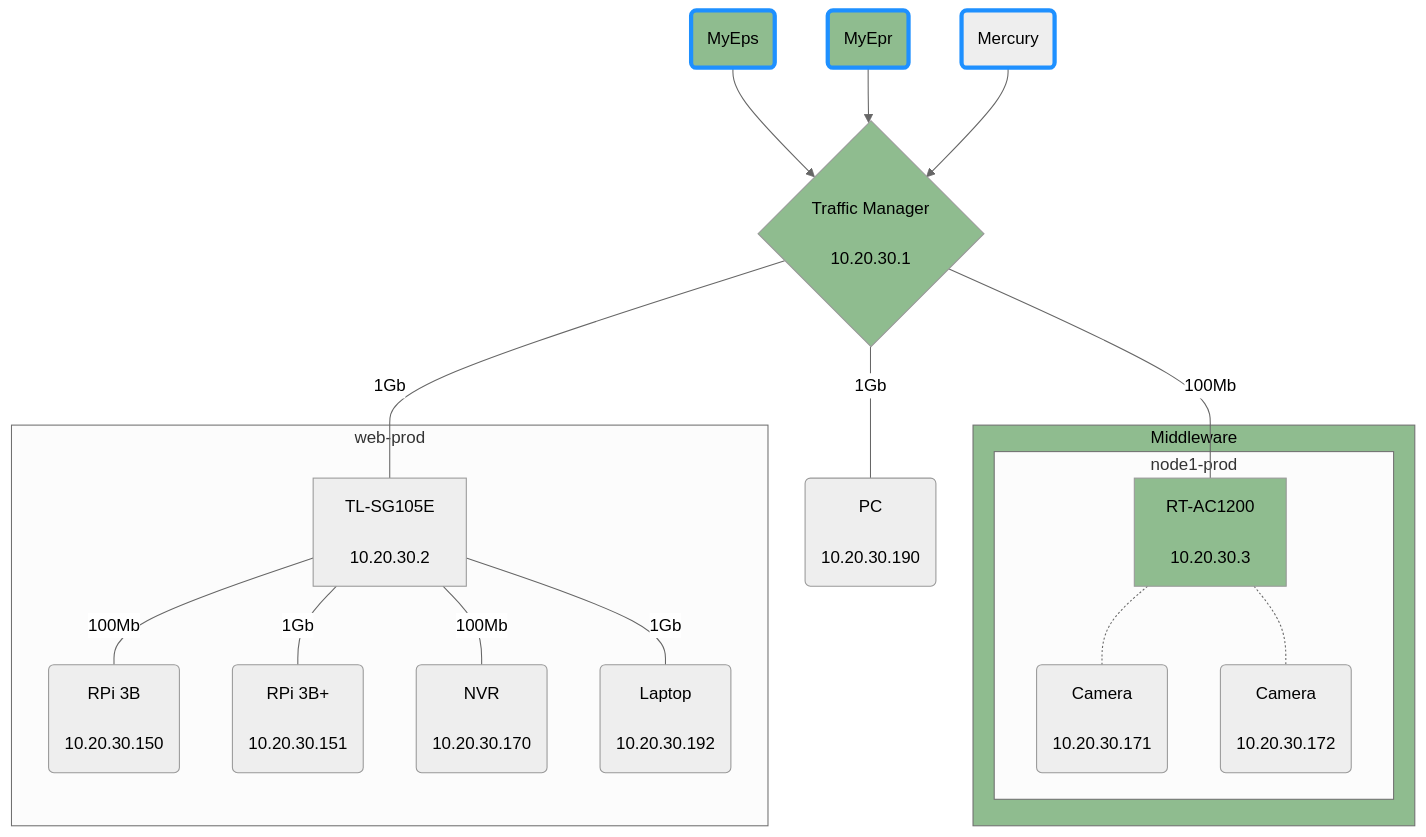
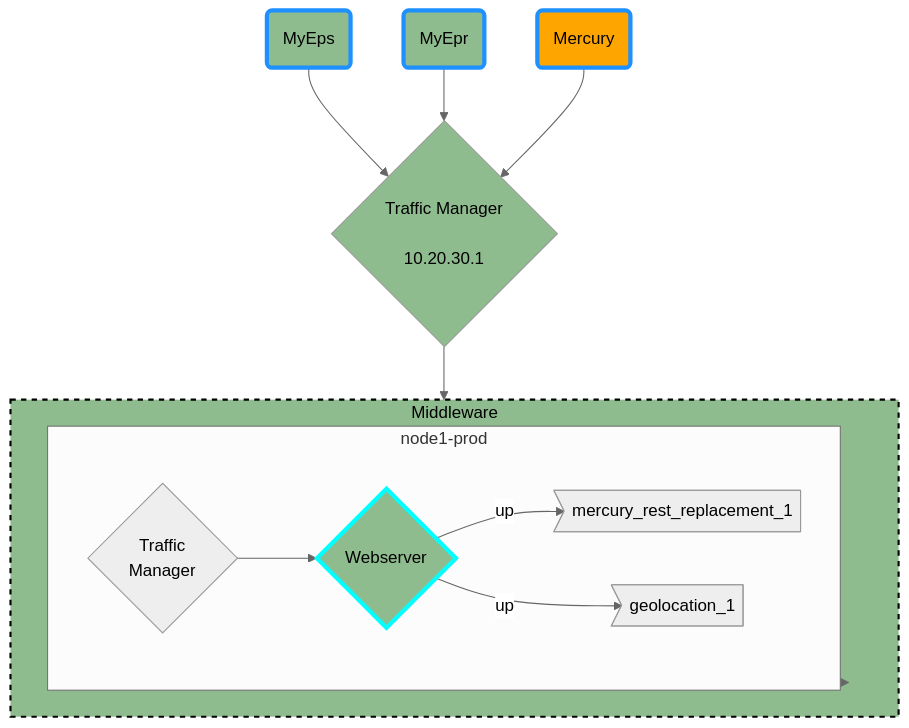
One commit to EproductiveReleases/whatsup changed the diagram in README.md. Above: the diagram before and after it, drawn with Mermaid.

````diff
--- a/README.md
+++ b/README.md
@@ -3,40 +3,46 @@
 ```mermaid
 %%{init: {'theme': 'neutral', "flowchart" : { "curve" : "basis" } } }%%
 graph TD
  linkStyle default interpolate basis
  myeps(<center><a style='text-decoration:none' href='https://github.com/EproductiveReleases/whatsup/blob/main/applications/myeps/README.md'><span style='color:black'>MyEps</span></a></center>)-->tm
  myepr(<center><a style='text-decoration:none' href='https://github.com/EproductiveReleases/whatsup/blob/main/applications/myepr/README.md'><span style='color:black'>MyEpr</span></a></center>)-->tm
  mercury(<center><a style='text-decoration:none' href='https://github.com/EproductiveReleases/whatsup/blob/main/applications/mercury/README.md'><span style='color:black'>Mercury</span></a></center>)-->tm
  tm{<center>Traffic Manager<br><br>10.20.30.1</center>}
- tm---|100Mb|ap[<center>RT-AC1200<br><br>10.20.30.3</center>]
- tm---|1Gb|pc(<center>PC<br><br>10.20.30.190</center>)
- tm---|1Gb|switch[<center>TL-SG105E<br><br>10.20.30.2</center>]
  subgraph node-pool[<center><a style='text-decoration:none' href='https://github.com/EproductiveReleases/whatsup/blob/main/applications/myeps/README.md'><span style='color:black'>Middleware</span></a></center>]
   subgraph node1-prod
-  ap:::up-.-cam1(<center>Camera<br><br>10.20.30.171</center>)
-  ap-.-cam2(<center>Camera<br><br>10.20.30.172</center>)
+    traefik-node1-prod{<center><a style='text-decoration:none' href='https://github.com/EproductiveReleases/whatsup/blob/main/applications/myeps/README.md'><span style='color:black'>Traffic<br/>Manager</span></a></center>}
+    iis-node1-prod{<center><a style='text-decoration:none' href='https://github.com/EproductiveReleases/whatsup/blob/main/applications/myeps/README.md'><span style='color:black'>Webserver</span></a></center>}
+    mercury-rest_1><center><a style='text-decoration:none' href='https://github.com/EproductiveReleases/whatsup/blob/main/applications/myeps/README.md'><span style='color:black'>mercury_rest_replacement_1</span></a></center>]
+    geolocation_1><center><a style='text-decoration:none' href='https://github.com/EproductiveReleases/whatsup/blob/main/applications/myeps/README.md'><span style='color:black'>geolocation_1</span></a></center>]
   end
  end
- subgraph web-prod
- switch---|100Mb|pi1(<center>RPi 3B<br><br>10.20.30.150</center>)
- switch---|1Gb|pi2(<center>RPi 3B+<br><br>10.20.30.151</center>)
- switch---|100Mb|nvr(<center>NVR<br><br>10.20.30.170</center>)
- switch---|1Gb|laptop(<center>Laptop<br><br>10.20.30.192</center>)
- end
+
+ tm-->node-pool
+ node-pool-->node1-prod
+ traefik-node1-prod-->iis-node1-prod
+ iis-node1-prod-->|up|mercury-rest_1
+ iis-node1-prod-->|up|geolocation_1
 
 classDef up fill:darkseagreen
 classDef issue fill:orange
 classDef down fill:orangered
 
 classDef app stroke:dodgerblue,stroke-width:4px
+classDef pool stroke:black,stroke-width:2px,stroke-dasharray: 5 5
+classDef webserver stroke:cyan,stroke-width:4px
 
 myeps:::app
 myepr:::app
 mercury:::app
+node-pool:::pool
+iis-node1-prod:::webserver
 
+iis-node1-prod:::up
 myeps:::up
 myepr:::up
+mercury:::issue
 tm:::up
 node-pool:::up
 
+
 ```
````
